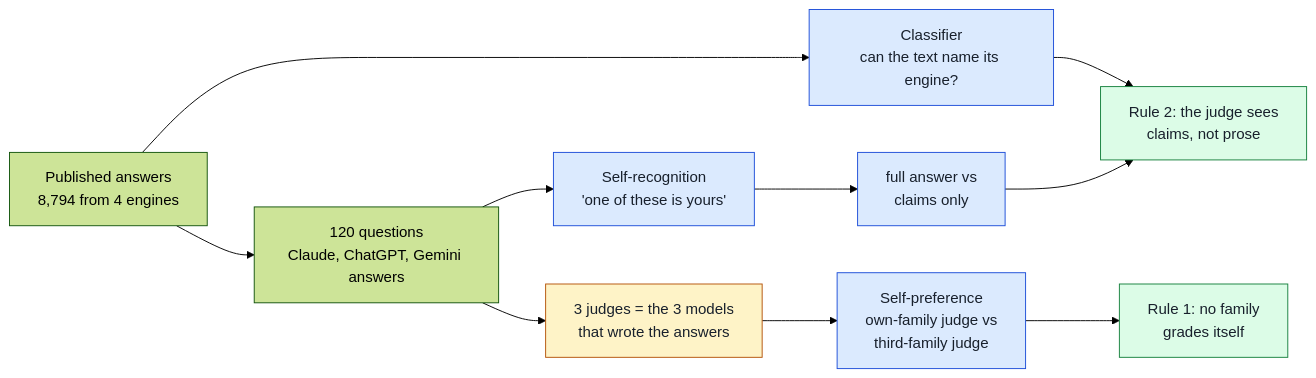
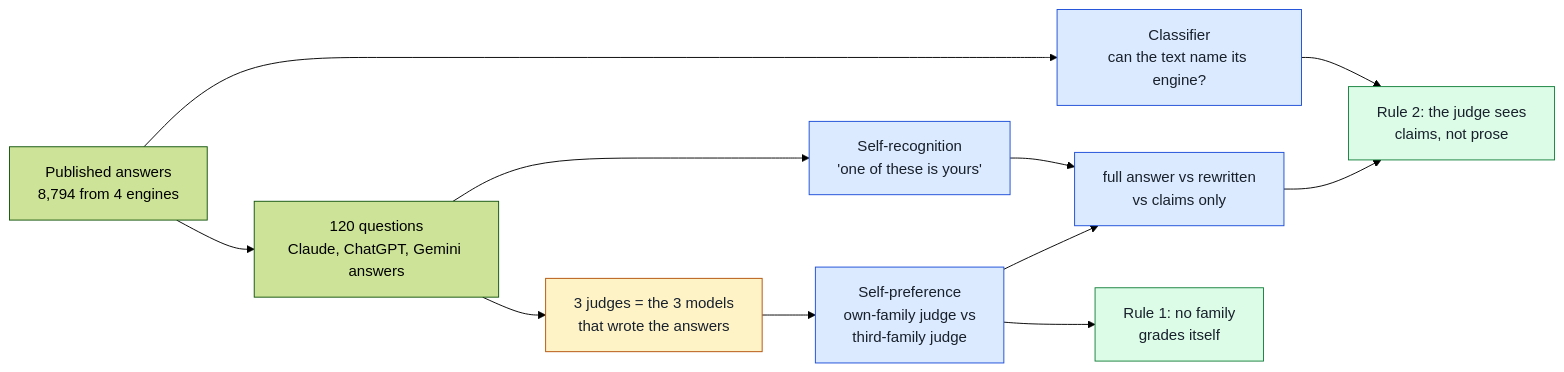
One commit to vahit19/verdict-gate changed the first of 2 diagrams in README.md. Above: the diagram before and after it, drawn with Mermaid (forest theme). The commit also changed other lines of this file and 18 other files, not shown here.

````diff
--- a/README.md
+++ b/README.md
@@ -13,18 +13,19 @@
 ```mermaid
 flowchart LR
     A["Published answers<br/>8,794 from 4 engines"] --> B["Classifier<br/>can the text name its engine?"]
     A --> C["120 questions<br/>Claude, ChatGPT, Gemini answers"]
     C --> D["3 judges = the 3 models<br/>that wrote the answers"]
     D --> E["Self-preference<br/>own-family judge vs<br/>third-family judge"]
     C --> F["Self-recognition<br/>'one of these is yours'"]
-    F --> G["full answer vs<br/>claims only"]
+    F --> G["full answer vs rewritten<br/>vs claims only"]
+    E --> G
     E --> H["Rule 1: no family<br/>grades itself"]
     B --> I["Rule 2: the judge sees<br/>claims, not prose"]
     G --> I
     classDef ai fill:#fef3c7,stroke:#b45309,color:#18202c
     classDef code fill:#dbeafe,stroke:#1d4ed8,color:#18202c
     classDef out fill:#dcfce7,stroke:#16803d,color:#18202c
     class D ai
     class B,E,F,G code
     class H,I out
 ```
````
